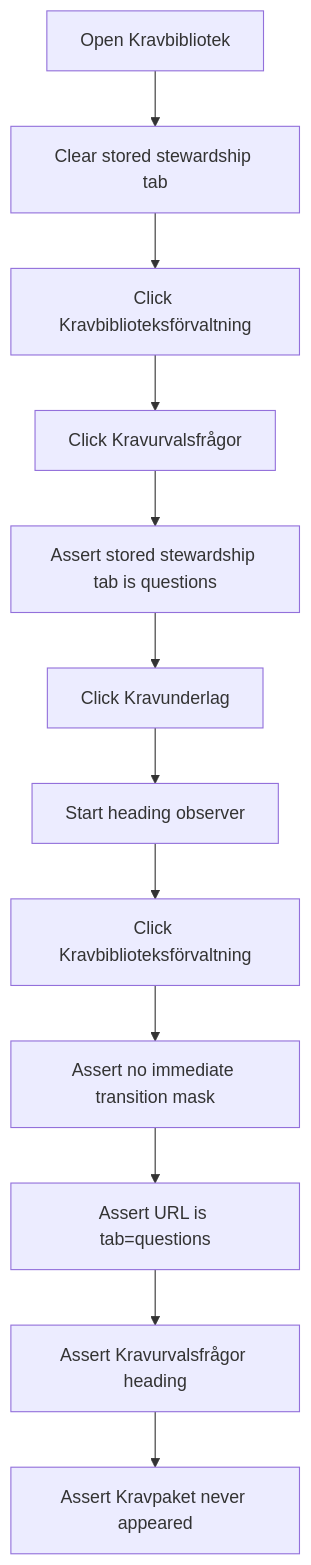
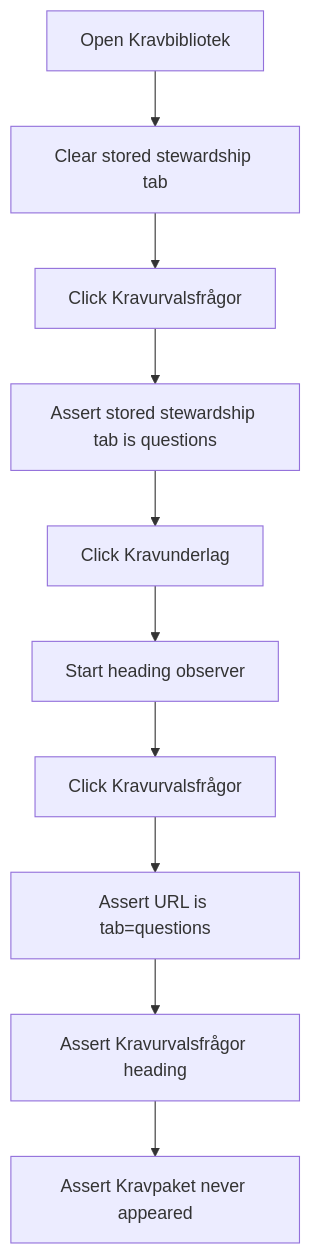
The diagram in tests/integration/stewardship-navigation.md (viscalyx/Kravhantering), drawn with Mermaid before and after one commit. The commit also changed other lines of this file and 48 other files, not shown here.

````diff
--- a/tests/integration/stewardship-navigation.md
+++ b/tests/integration/stewardship-navigation.md
@@ -14,14 +13,12 @@
 ```mermaid
 flowchart TD
     A[Open Kravbibliotek] --> B[Clear stored stewardship tab]
-    B --> C[Click Kravbiblioteksförvaltning]
-    C --> D[Click Kravurvalsfrågor]
-    D --> E[Assert stored stewardship tab is questions]
-    E --> F[Click Kravunderlag]
-    F --> G[Start heading observer]
-    G --> H[Click Kravbiblioteksförvaltning]
-    H --> I[Assert no immediate transition mask]
-    I --> J[Assert URL is tab=questions]
-    J --> K[Assert Kravurvalsfrågor heading]
-    K --> L[Assert Kravpaket never appeared]
+    B --> C[Click Kravurvalsfrågor]
+    C --> D[Assert stored stewardship tab is questions]
+    D --> E[Click Kravunderlag]
+    E --> F[Start heading observer]
+    F --> G[Click Kravurvalsfrågor]
+    G --> H[Assert URL is tab=questions]
+    H --> I[Assert Kravurvalsfrågor heading]
+    I --> J[Assert Kravpaket never appeared]
 ```
````
